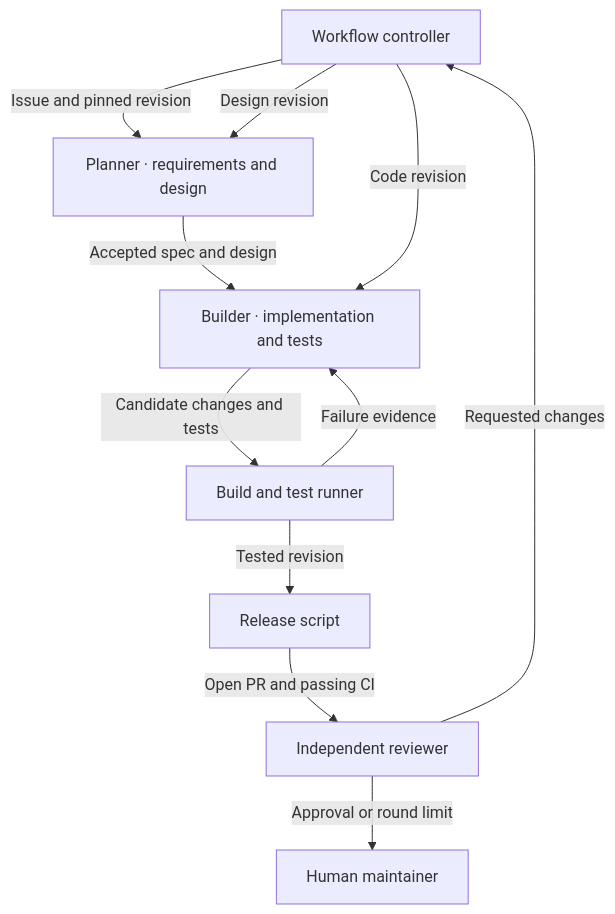
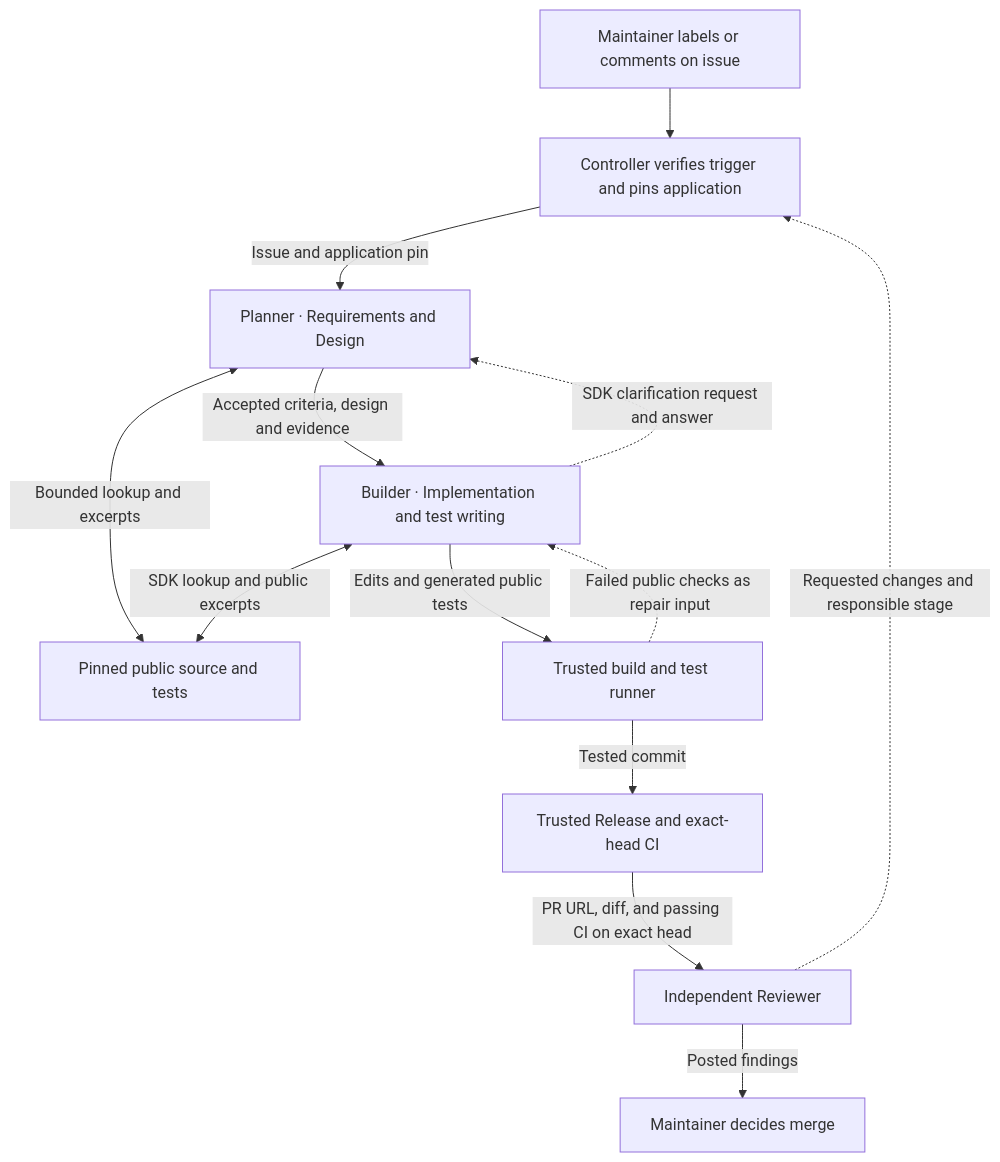
Before and after one commit to AKGIIITH/markdown: the diagram in architecture/views/component.md, drawn with Mermaid. The commit also changed other lines of this file and 19 other files, not shown here.

````diff
--- a/architecture/views/component.md
+++ b/architecture/views/component.md
@@ -7,21 +7,25 @@
 ```mermaid
 flowchart TD
-    C["Workflow controller"]
-    P["Planner · requirements and design"]
-    B["Builder · implementation and tests"]
-    T["Build and test runner"]
-    L["Release script"]
-    R["Independent reviewer"]
-    H["Human maintainer"]
+    H["Maintainer labels or comments on issue"]
+    C["Controller verifies trigger and pins application"]
+    P["Planner · Requirements and Design"]
+    S["Pinned public source and tests"]
+    B["Builder · Implementation and test writing"]
+    T["Trusted build and test runner"]
+    L["Trusted Release and exact-head CI"]
+    R["Independent Reviewer"]
+    M["Maintainer decides merge"]
 
-    C -->|Issue and pinned revision| P
-    P -->|Accepted spec and design| B
-    B -->|Candidate changes and tests| T
-    T -->|Failure evidence| B
-    T -->|Tested revision| L
-    L -->|Open PR and passing CI| R
-    R -->|Requested changes| C
-    C -->|Design revision| P
-    C -->|Code revision| B
-    R -->|Approval or round limit| H
+    H --> C
+    C -->|Issue and application pin| P
+    P <-->|Bounded lookup and excerpts| S
+    P -->|Accepted criteria, design and evidence| B
+    B <-->|SDK lookup and public excerpts| S
+    B -.->|SDK clarification request and answer| P
+    B -->|Edits and generated public tests| T
+    T -.->|Failed public checks as repair input| B
+    T -->|Tested commit| L
+    L -->|PR URL, diff, and passing CI on exact head| R
+    R -.->|Requested changes and responsible stage| C
+    R -->|Posted findings| M
 ```
````
